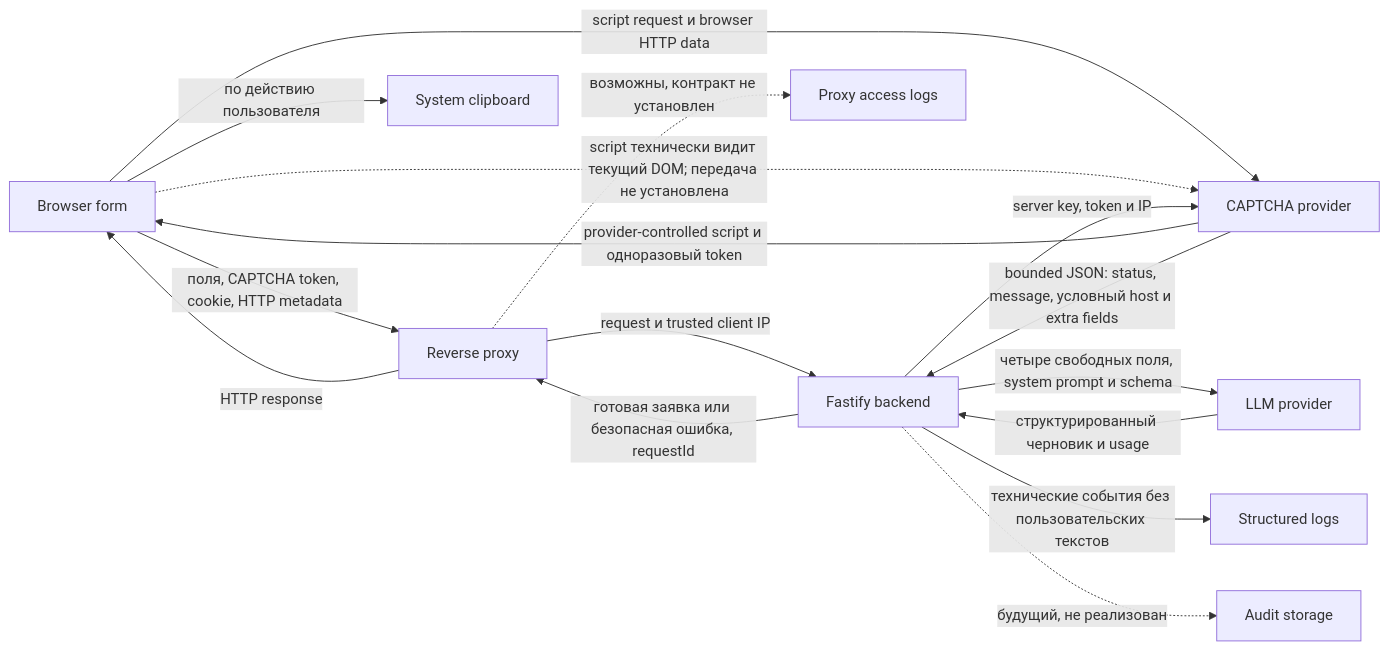
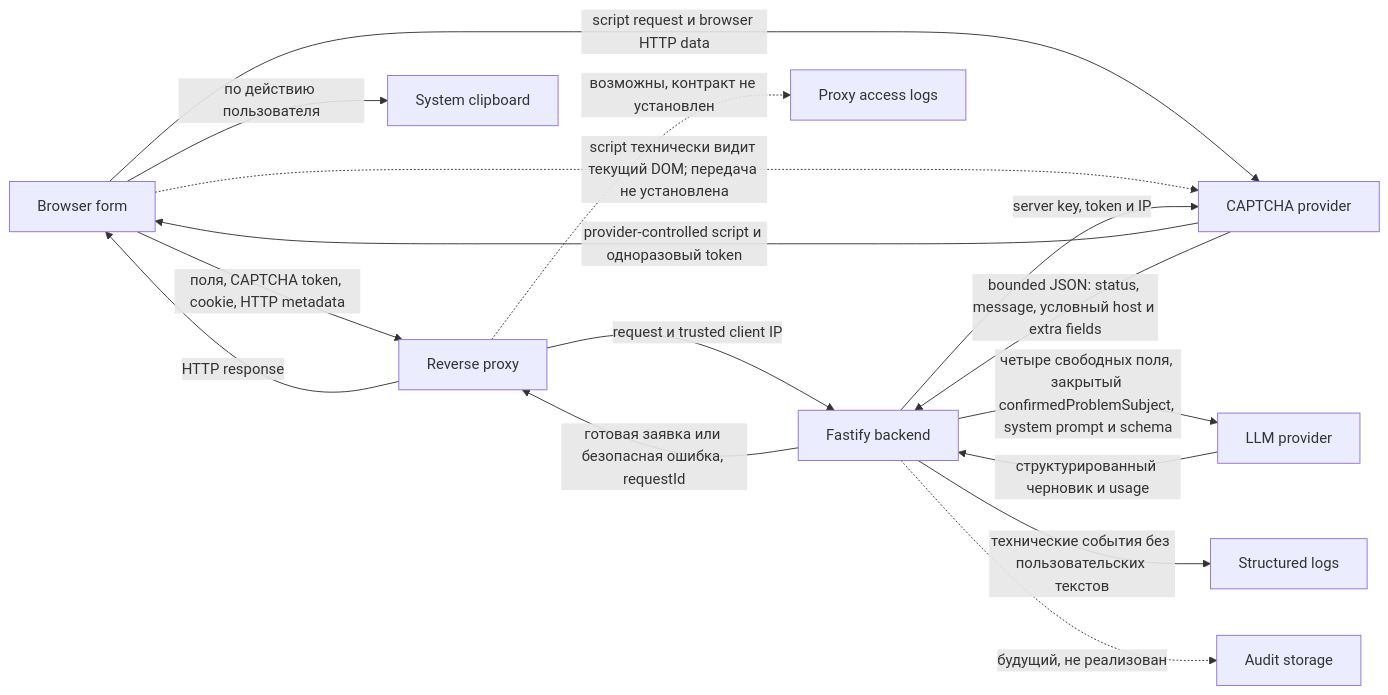
Before and after one commit to ashikov/uo-request-generator: the diagram in docs/PERSONAL_DATA_PROCESSING.md, drawn with Mermaid. The commit also changed other lines of this file and 15 other files, not shown here.

Commit message:
fix(llm): preserve confirmed subject context

````diff
--- a/docs/PERSONAL_DATA_PROCESSING.md
+++ b/docs/PERSONAL_DATA_PROCESSING.md
@@ -80,18 +80,18 @@
 ```mermaid
 flowchart LR
     Browser[Browser form] -->|поля, CAPTCHA token, cookie, HTTP metadata| Proxy[Reverse proxy]
     Proxy -->|request и trusted client IP| Backend[Fastify backend]
     Browser -->|script request и browser HTTP data| Captcha[CAPTCHA provider]
     Captcha -->|provider-controlled script и одноразовый token| Browser
     Browser -. script технически видит текущий DOM; передача не установлена .-> Captcha
     Backend -->|server key, token и IP| Captcha
     Captcha -->|bounded JSON: status, message, условный host и extra fields| Backend
-    Backend -->|четыре свободных поля, system prompt и schema| LLM[LLM provider]
+    Backend -->|четыре свободных поля, закрытый confirmedProblemSubject, system prompt и schema| LLM[LLM provider]
     LLM -->|структурированный черновик и usage| Backend
     Backend -->|готовая заявка или безопасная ошибка, requestId| Proxy
     Proxy -->|HTTP response| Browser
     Browser -->|по действию пользователя| Clipboard[System clipboard]
     Backend -->|технические события без пользовательских текстов| Logs[Structured logs]
     Proxy -. возможны, контракт не установлен .-> AccessLogs[Proxy access logs]
     Backend -. будущий, не реализован .-> Audit[Audit storage]
 ```
````
